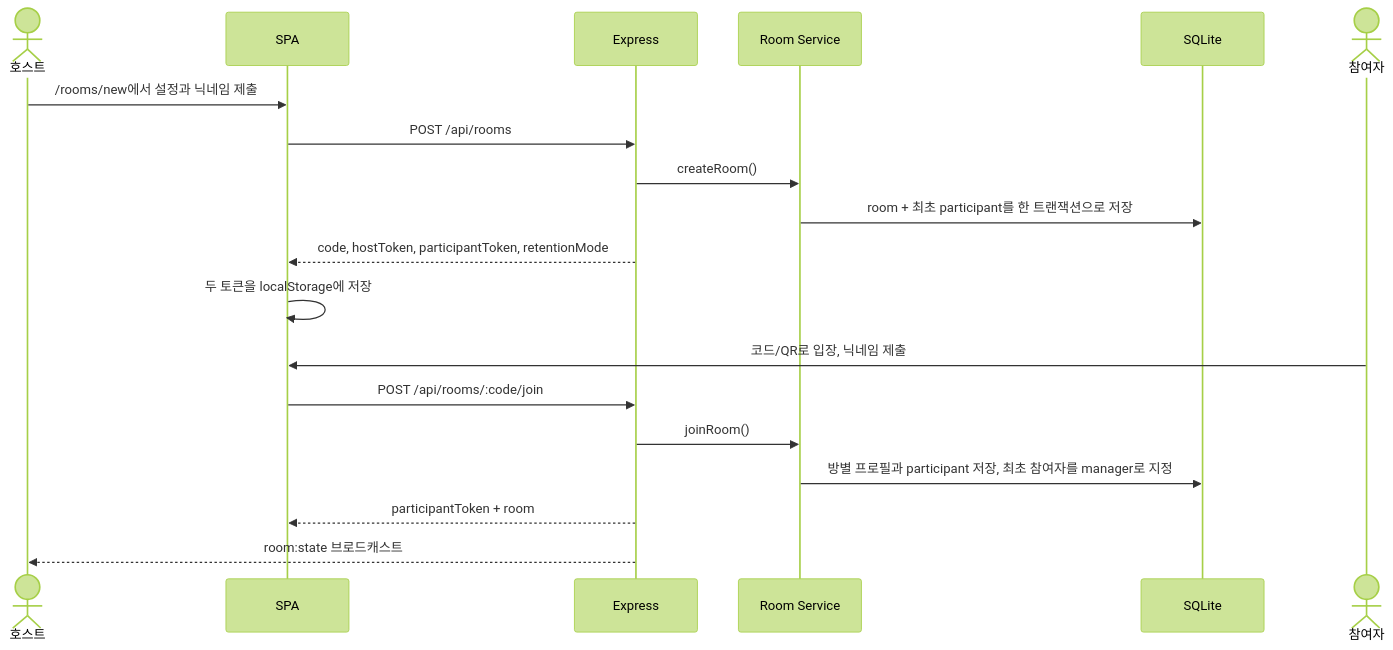
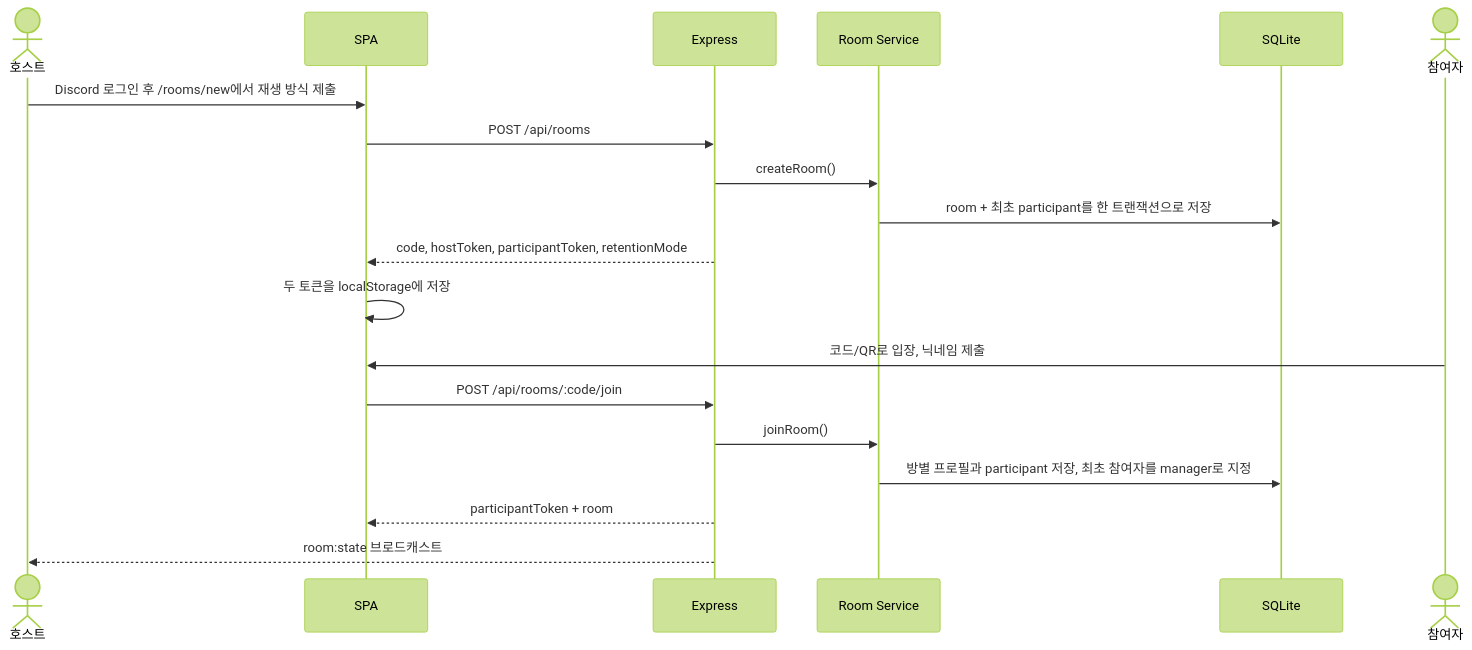
Before and after one commit to whitekw/jukebox: the fourth of 7 diagrams in docs/ARCHITECTURE.md, drawn with Mermaid (forest theme). The commit also changed other lines of this file and 89 other files, not shown here.

Commit message:
refactor: organize frontend features and account-owned room flow

````diff
--- a/docs/ARCHITECTURE.md
+++ b/docs/ARCHITECTURE.md
@@ -167,23 +169,23 @@
 ```mermaid
 sequenceDiagram
     actor Host as 호스트
     participant FE as SPA
     participant API as Express
     participant RS as Room Service
     participant DB as SQLite
     actor Guest as 참여자
 
-    Host->>FE: /rooms/new에서 설정과 닉네임 제출
+    Host->>FE: Discord 로그인 후 /rooms/new에서 재생 방식 제출
     FE->>API: POST /api/rooms
     API->>RS: createRoom()
     RS->>DB: room + 최초 participant를 한 트랜잭션으로 저장
     API-->>FE: code, hostToken, participantToken, retentionMode
     FE->>FE: 두 토큰을 localStorage에 저장
 
     Guest->>FE: 코드/QR로 입장, 닉네임 제출
     FE->>API: POST /api/rooms/:code/join
     API->>RS: joinRoom()
     RS->>DB: 방별 프로필과 participant 저장, 최초 참여자를 manager로 지정
     API-->>FE: participantToken + room
     API-->>Host: room:state 브로드캐스트
 ```
````
